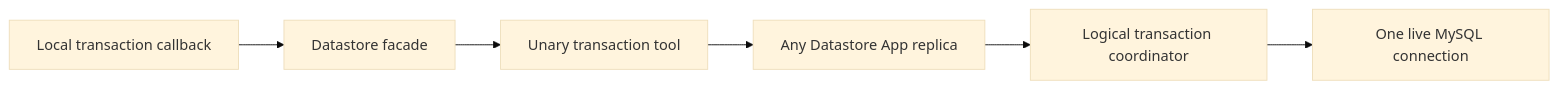
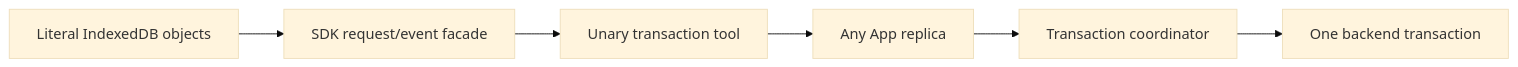
The diagram in sdk/typescript/experiments/typed-app-contracts/README.md (valon-technologies/gestalt), drawn with Mermaid (base theme) before and after one commit. The commit also changed other lines of this file and 10 other files, not shown here.

````diff
--- a/sdk/typescript/experiments/typed-app-contracts/README.md
+++ b/sdk/typescript/experiments/typed-app-contracts/README.md
@@ -103,8 +174,8 @@
 ```mermaid
 flowchart LR
-    A["Local transaction callback"] --> B["Datastore facade"]
+    A["Literal IndexedDB objects"] --> B["SDK request/event facade"]
     B --> C["Unary transaction tool"]
-    C --> D["Any Datastore App replica"]
-    D --> E["Logical transaction coordinator"]
-    E --> F["One live MySQL connection"]
+    C --> D["Any App replica"]
+    D --> E["Transaction coordinator"]
+    E --> F["One backend transaction"]
 ```
````
